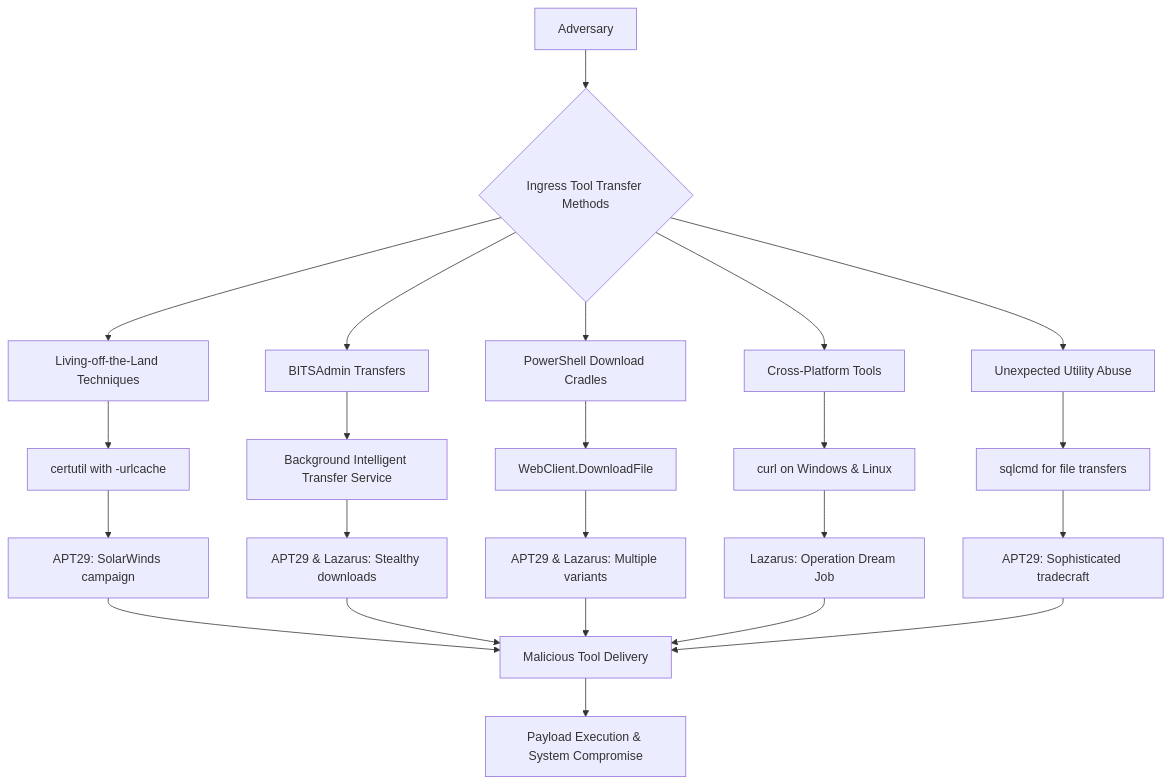
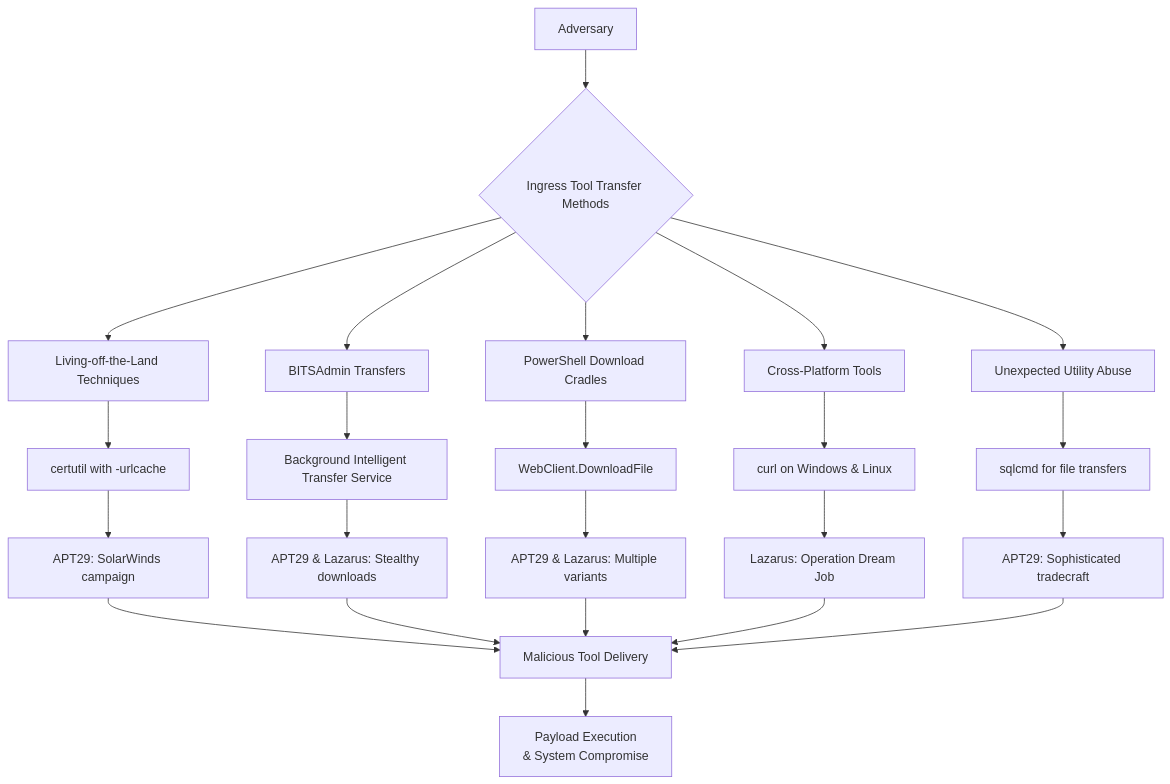
One commit to khaireddinechebbi/APTs-Detection-Framework changed the second of 10 diagrams in SigmaRules/Command and Control/T1105/README.md. Above: the diagram before and after it, drawn with Mermaid. The commit also changed other lines of this file, not shown here.

````diff
--- a/SigmaRules/Command and Control/T1105/README.md
+++ b/SigmaRules/Command and Control/T1105/README.md
@@ -15,32 +57,32 @@
 ```mermaid
 flowchart TD
     A[Adversary] --> B{Ingress Tool Transfer Methods}
     
     B --> C[Living-off-the-Land Techniques]
     C --> C1[certutil with -urlcache]
     C1 --> C2[APT29: SolarWinds campaign]
     
     B --> D[BITSAdmin Transfers]
     D --> D1[Background Intelligent Transfer Service]
     D1 --> D2[APT29 & Lazarus: Stealthy downloads]
     
     B --> E[PowerShell Download Cradles]
     E --> E1[WebClient.DownloadFile]
     E1 --> E2[APT29 & Lazarus: Multiple variants]
     
     B --> F[Cross-Platform Tools]
     F --> F1[curl on Windows & Linux]
     F1 --> F2[Lazarus: Operation Dream Job]
     
     B --> G[Unexpected Utility Abuse]
     G --> G1[sqlcmd for file transfers]
     G1 --> G2[APT29: Sophisticated tradecraft]
     
     C2 --> H[Malicious Tool Delivery]
     D2 --> H
     E2 --> H
     F2 --> H
     G2 --> H
     
-    H --> I[Payload Execution & System Compromise]
+    H --> I[Payload Execution<br>& System Compromise]
 ```
````
